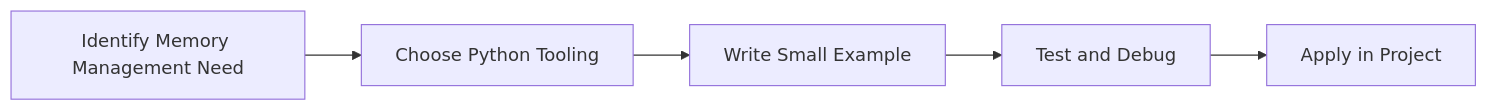
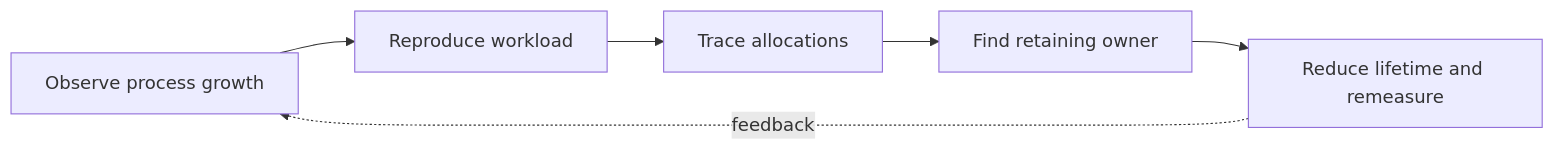
One commit to SYMOIZ/E-Learning-Portal changed the diagram in Python-Mastery/Advanced/05-memory-management.md. Above: the diagram before and after it, drawn with Mermaid. The commit also changed other lines of this file and 116 other files, not shown here.

````diff
--- a/Python-Mastery/Advanced/05-memory-management.md
+++ b/Python-Mastery/Advanced/05-memory-management.md
@@ -127,7 +158,8 @@
 ```mermaid
 flowchart LR
-    A[Identify Memory Management Need] --> B[Choose Python Tooling]
-    B --> C[Write Small Example]
-    C --> D[Test and Debug]
-    D --> E[Apply in Project]
+    A[Observe process growth] --> B[Reproduce workload]
+    B --> C[Trace allocations]
+    C --> D[Find retaining owner]
+    D --> E[Reduce lifetime and remeasure]
+    E -. feedback .-> A
 ```
````
